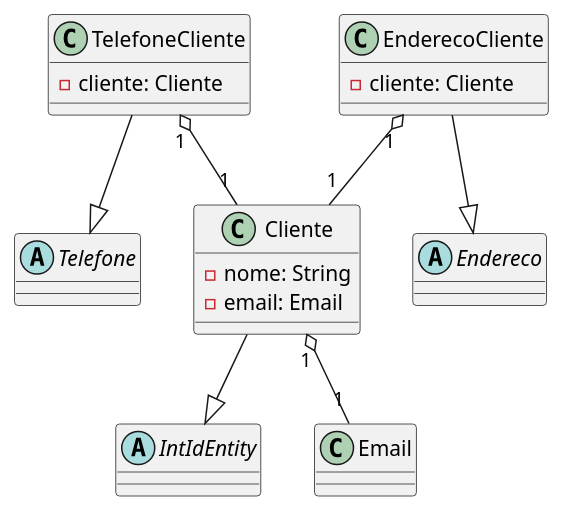
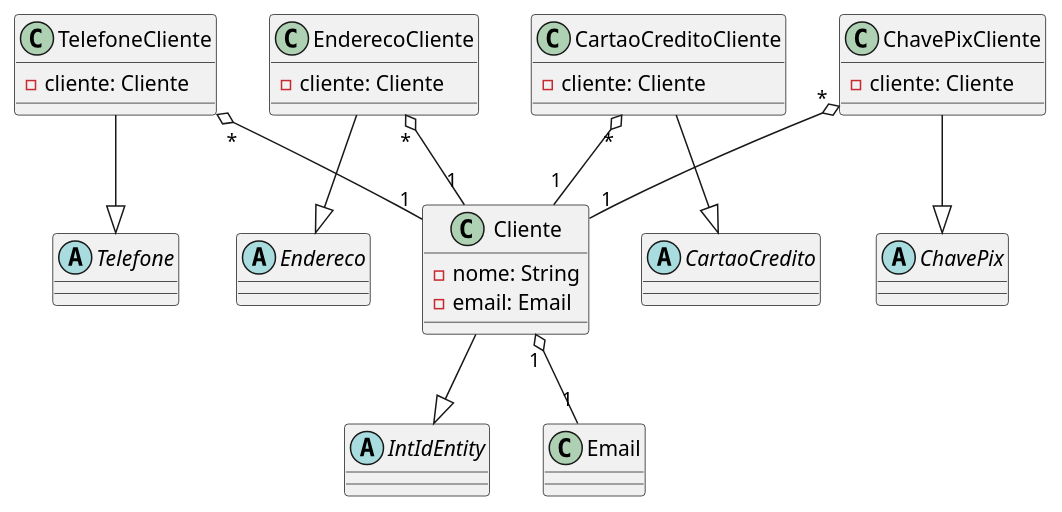
One commit to Wesley0010012/DSMA-Requisitos changed the diagram in docs/classes/core/clientes/domain/main.puml. Above: the diagram before and after it, drawn with PlantUML.

Commit message:
feat: inclui métodos de pagamento exclusivo para Cliente

```diff
--- a/docs/classes/core/clientes/domain/main.puml
+++ b/docs/classes/core/clientes/domain/main.puml
@@ -1,32 +1,46 @@
 @startuml "Domínio - Módulo de Clientes"
 
 abstract class IntIdEntity
 class Email
 abstract class Telefone
 abstract class Endereco
+abstract class CartaoCredito
+abstract class ChavePix
 
 class Cliente {
     - nome: String
     - email: Email
 }
 
 class TelefoneCliente {
     - cliente: Cliente
 }
 
 class EnderecoCliente {
     - cliente: Cliente
 }
 
+class CartaoCreditoCliente {
+    - cliente: Cliente
+}
+
+class ChavePixCliente {
+    - cliente: Cliente
+}
+
 Cliente --|> IntIdEntity
 
 TelefoneCliente --|> Telefone
 EnderecoCliente --|> Endereco
 
 Cliente "1" o-- "1" Email
-TelefoneCliente "1" o-- "1" Cliente
-EnderecoCliente "1" o-- "1" Cliente
+TelefoneCliente "*" o-- "1" Cliente
+EnderecoCliente "*" o-- "1" Cliente
 
+ChavePixCliente --|> ChavePix
+CartaoCreditoCliente --|> CartaoCredito
 
+ChavePixCliente "*" o-- "1" Cliente
+CartaoCreditoCliente "*" o-- "1" Cliente
 
 @enduml
```
